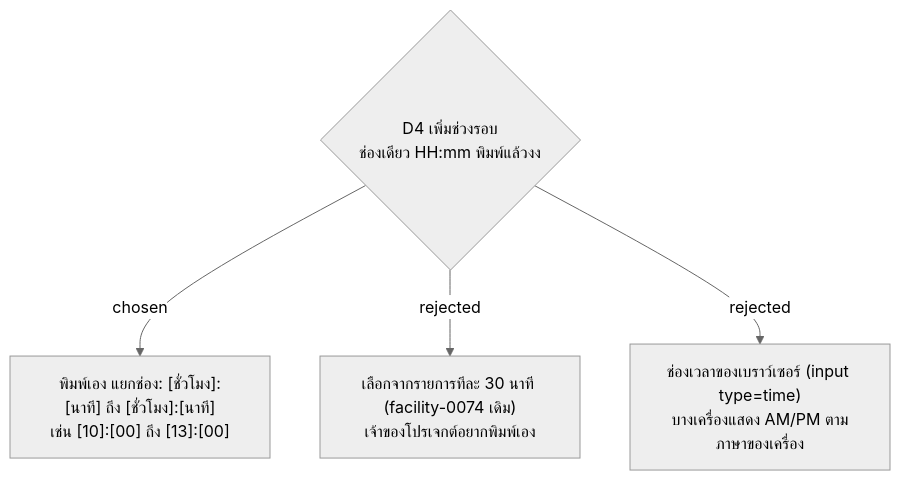
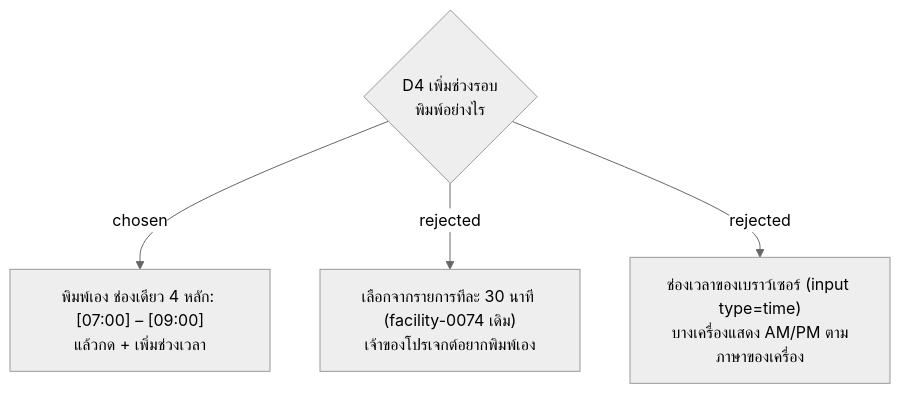
The diagram in docs/adr/facility-0083-round-window-time-split-hour-minute.md (ThodsaphonSonthiphin/Facility-Real-time-dashboard), drawn with Mermaid (neutral theme) before and after one commit. The commit also changed other lines of this file and 3 other files, not shown here.

````diff
--- a/docs/adr/facility-0083-round-window-time-split-hour-minute.md
+++ b/docs/adr/facility-0083-round-window-time-split-hour-minute.md
@@ -3,6 +3,6 @@
 ```mermaid
 flowchart TD
-    Q{"D4 เพิ่มช่วงรอบ<br/>ช่องเดียว HH:mm พิมพ์แล้วงง"} -->|chosen| A["พิมพ์เอง แยกช่อง: [ชั่วโมง]:[นาที] ถึง [ชั่วโมง]:[นาที]<br/>เช่น [10]:[00] ถึง [13]:[00]"]
+    Q{"D4 เพิ่มช่วงรอบ<br/>พิมพ์อย่างไร"} -->|chosen| A["พิมพ์เอง ช่องเดียว 4 หลัก: [07:00] – [09:00]<br/>แล้วกด + เพิ่มช่วงเวลา"]
     Q -->|rejected| B["เลือกจากรายการทีละ 30 นาที (facility-0074 เดิม)<br/>เจ้าของโปรเจกต์อยากพิมพ์เอง"]
     Q -->|rejected| C["ช่องเวลาของเบราว์เซอร์ (input type=time)<br/>บางเครื่องแสดง AM/PM ตามภาษาของเครื่อง"]
 ```
````
